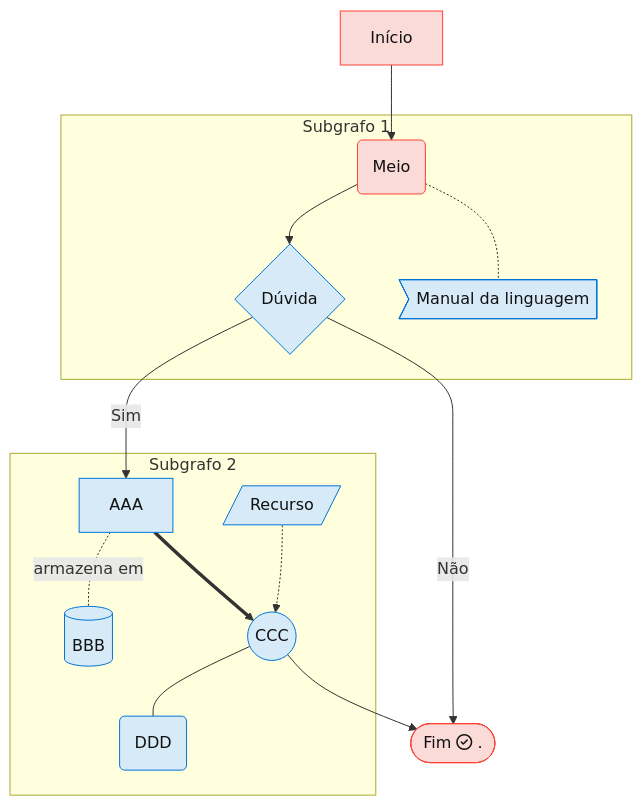
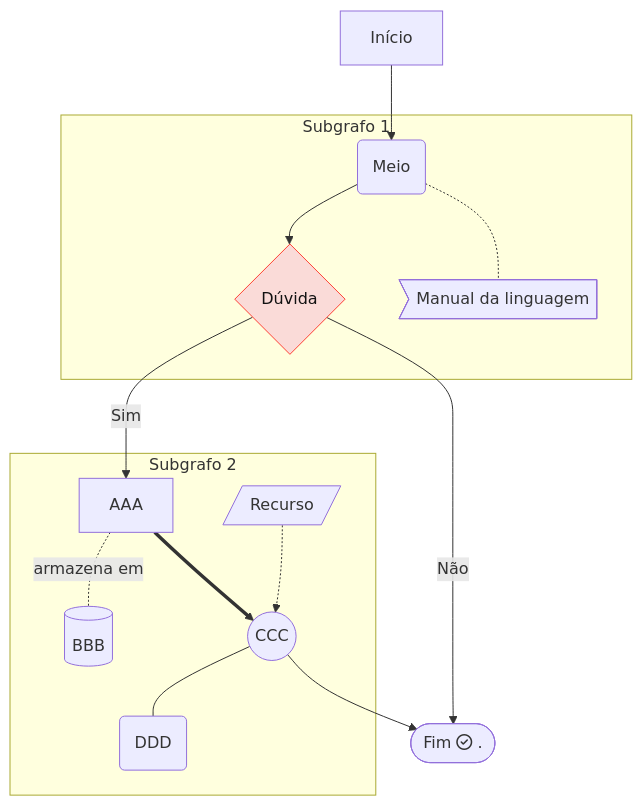
The diagram in index.md (joseflaviojr/nheengatu), drawn with Mermaid before and after one commit. The commit also changed 9 other files, not shown here.

Commit message:
Melhorar CSS e atualizar mermaid

```diff
--- a/index.md
+++ b/index.md
@@ -186,32 +186,30 @@
 <pre class="mermaid">
 
 graph TB
     
     %% Comentário
-    inicio[Início]:::aten --> meio
-    fim([Fim far:fa-check-circle .]):::aten
+    inicio[Início] --> meio
+    fim([Fim far:fa-check-circle .]):::atencao
     
     subgraph subg1 [Subgrafo 1]
-        meio(Meio):::aten --> duvida{Dúvida}
-        meio -.- nota>Manual da linguagem]:::norm
+        meio(Meio) --> duvida{Dúvida}:::classe-espec
+        meio -.- nota>Manual da linguagem]
         click nota "https://mermaid-js.github.io/mermaid/#/flowchart?id=graph" "Manual da linguagem de diagrama mermaid."
     end
 
     subgraph subg2 [Subgrafo 2]
         a[AAA] -.-|armazena em| b[(BBB)]
         a ==> c((CCC))
         recurso[/Recurso/] -.-> c
         c --- d(DDD)
     end
 
     %% Inter-relações
     duvida -->|Sim| a
     duvida -->|Não| fim
     c --> fim
 
     %% Estilo
-    classDef default fill:#d6eaf8,stroke:#0074d9,color:#111111,stroke-width:1px;
-    classDef norm    fill:#d6eaf8,stroke:#0074d9,color:#111111,stroke-width:1px;
-    classDef aten    fill:#fadbd8,stroke:#ff4136,color:#111111,stroke-width:1px;
+    classDef classe-espec fill:#fadbd8,stroke:#ff4136,color:#111111,stroke-width:1px;
 
 </pre>
```
